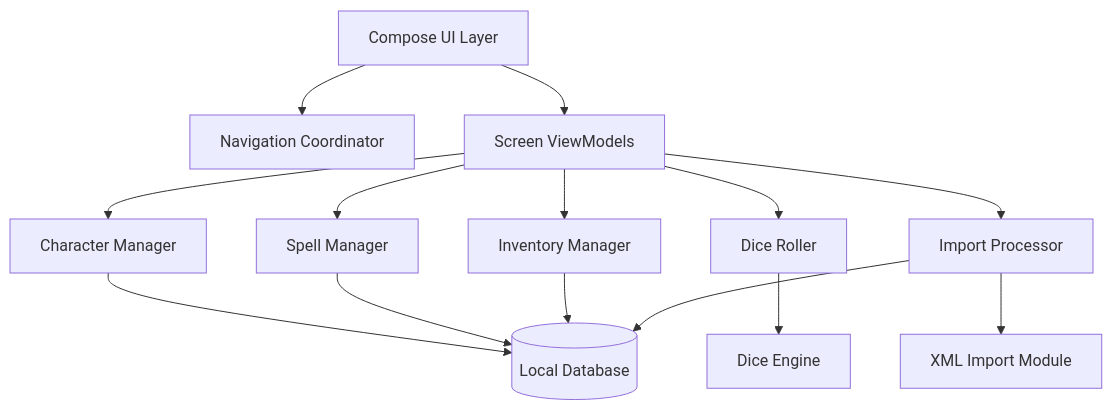
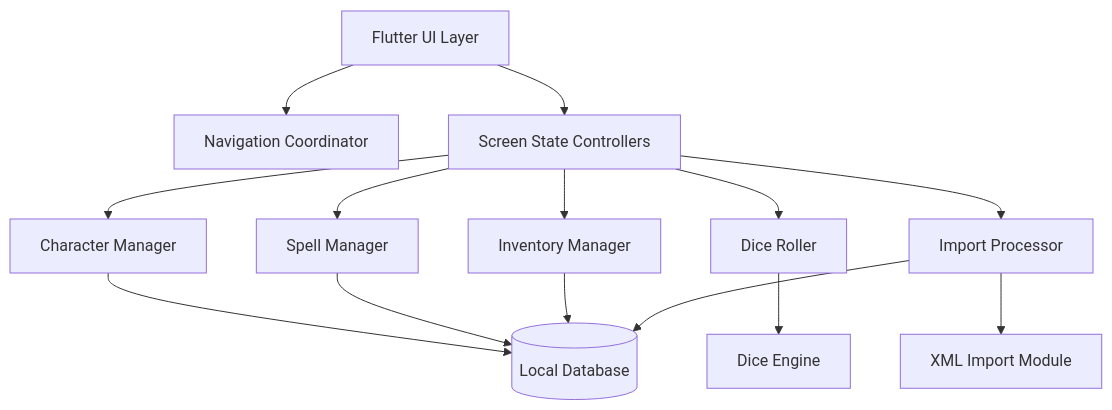
Before and after one commit to JuanEstrada/adventure-vault-character: the diagram in Adventure Vault Character/docs/diagrams/components.md, drawn with Mermaid. The commit also changed other lines of this file and 31 other files, not shown here.

````diff
--- a/Adventure Vault Character/docs/diagrams/components.md
+++ b/Adventure Vault Character/docs/diagrams/components.md
@@ -9,28 +9,28 @@
 ```mermaid
 flowchart TD
-    Compose[Compose UI Layer]
+    Ui[Flutter UI Layer]
     Nav[Navigation Coordinator]
-    Vm[Screen ViewModels]
+    State[Screen State Controllers]
     Character[Character Manager]
     DiceRoller[Dice Roller]
     Spell[Spell Manager]
     Inventory[Inventory Manager]
     Import[Import Processor]
     Dice[Dice Engine]
     Xml[XML Import Module]
     Db[(Local Database)]
 
-    Compose --> Nav
-    Compose --> Vm
-    Vm --> Character
-    Vm --> DiceRoller
-    Vm --> Spell
-    Vm --> Inventory
-    Vm --> Import
+    Ui --> Nav
+    Ui --> State
+    State --> Character
+    State --> DiceRoller
+    State --> Spell
+    State --> Inventory
+    State --> Import
     DiceRoller --> Dice
     Character --> Db
     Spell --> Db
     Inventory --> Db
     Import --> Xml
     Import --> Db
 ```
````
